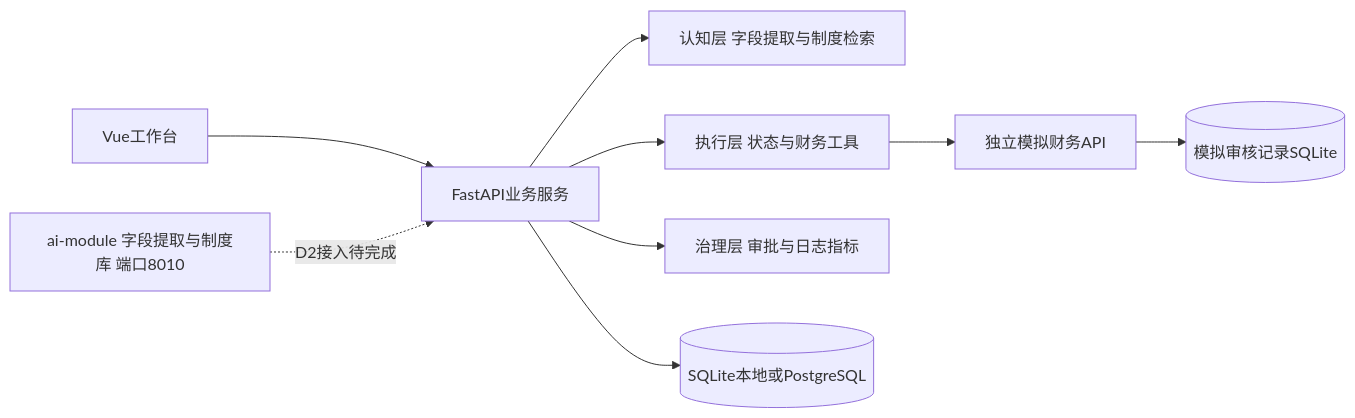
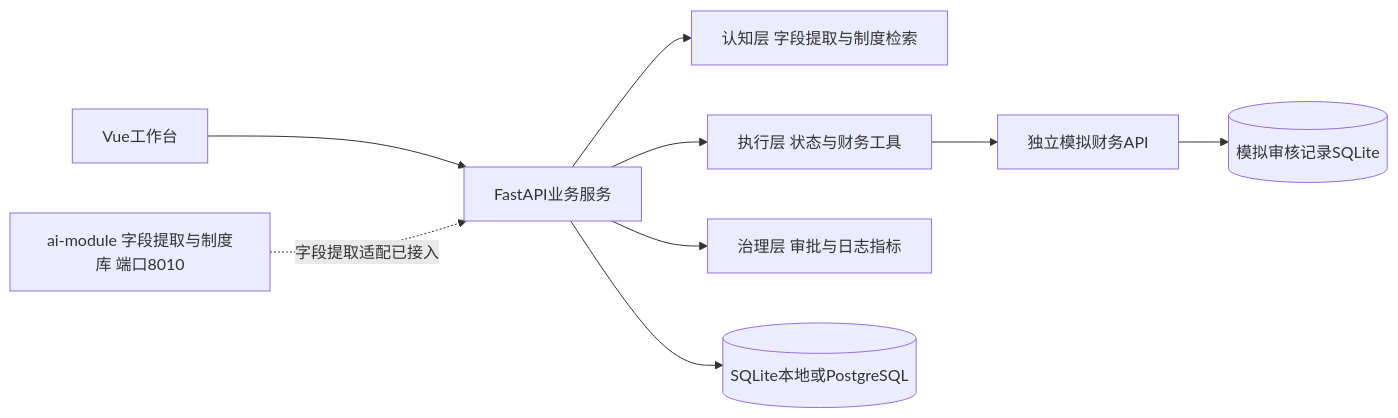
The diagram in docs/ARCHITECTURE.md (Y1nanLuu/digital-employee-system), drawn with Mermaid before and after one commit. The commit also changed other lines of this file and 26 other files, not shown here.

````diff
--- a/docs/ARCHITECTURE.md
+++ b/docs/ARCHITECTURE.md
@@ -3,11 +3,11 @@
 ```mermaid
 flowchart LR
  U[Vue工作台] --> B[FastAPI业务服务]
  B --> C[认知层 字段提取与制度检索]
  B --> E[执行层 状态与财务工具]
  B --> G[治理层 审批与日志指标]
  E --> F[独立模拟财务API]
  B --> D[(SQLite本地或PostgreSQL)]
  F --> R[(模拟审核记录SQLite)]
- A[ai-module 字段提取与制度库 端口8010] -.D2接入待完成.-> B
+ A[ai-module 字段提取与制度库 端口8010] -.字段提取适配已接入.-> B
 ```
````
